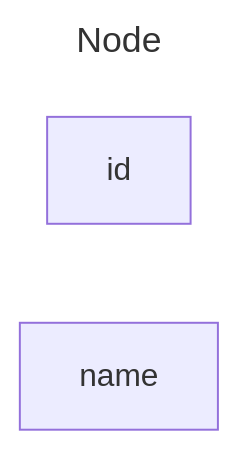
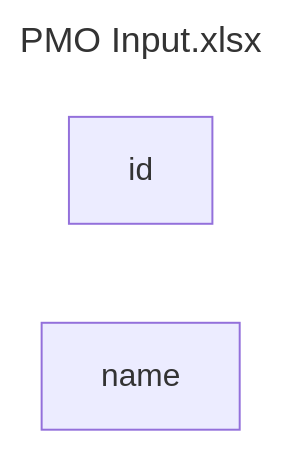
One commit to eagui041/IC-Project changed the diagram in README.md. Above: the diagram before and after it, drawn with Mermaid. The commit also changed other lines of this file, not shown here.

````diff
--- a/README.md
+++ b/README.md
@@ -6,9 +6,9 @@
 ```mermaid
 ---
-title: Node
+title: PMO Input.xlsx
 ---
 flowchart LR
     id;
     name
 
 ```
````
